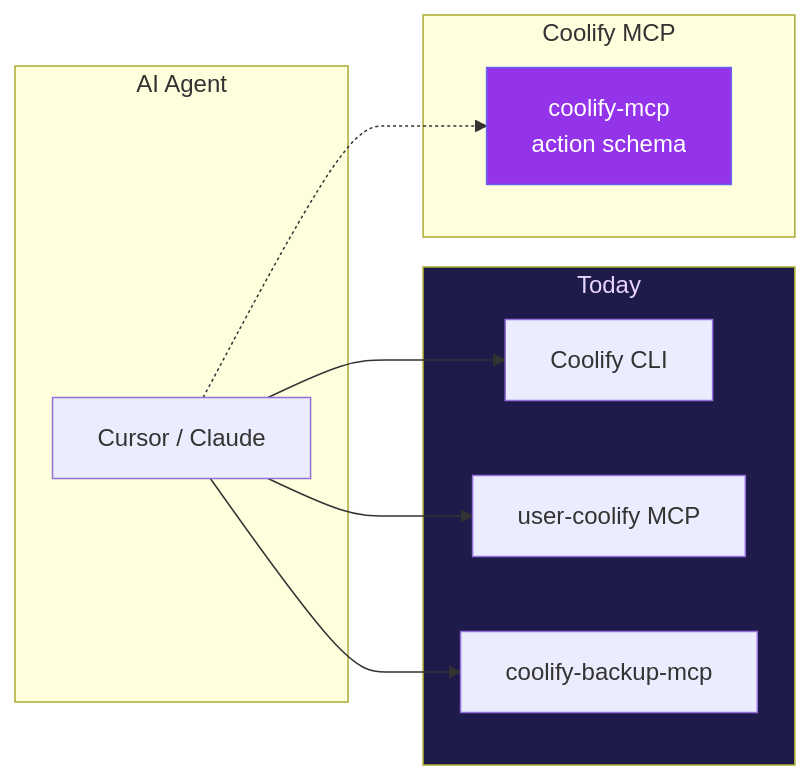
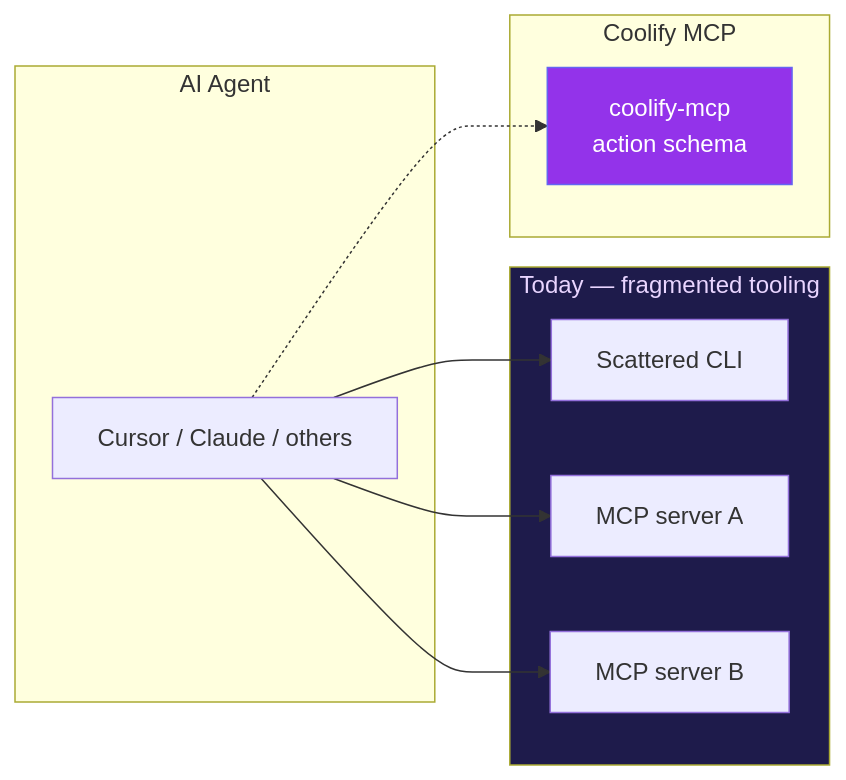
One commit to clezcoding/awesome-coolify changed the first of 3 diagrams in README.md. Above: the diagram before and after it, drawn with Mermaid. The commit also changed other lines of this file and 29 other files, not shown here.

````diff
--- a/README.md
+++ b/README.md
@@ -111,24 +109,24 @@
 ```mermaid
 flowchart LR
-    subgraph Today["Today"]
-        CLI["Coolify CLI"]
-        MCP1["user-coolify MCP"]
-        MCP2["coolify-backup-mcp"]
+    subgraph Today["Today — fragmented tooling"]
+        CLI["Scattered CLI"]
+        MCP1["MCP server A"]
+        MCP2["MCP server B"]
     end
 
     subgraph Agent["AI Agent"]
-        Cursor["Cursor / Claude"]
+        Cursor["Cursor / Claude / others"]
     end
 
     subgraph Future["Coolify MCP"]
         Unified["coolify-mcp<br/>action schema"]
     end
 
     Cursor --> CLI
     Cursor --> MCP1
     Cursor --> MCP2
     Cursor -.-> Unified
 
     style Unified fill:#9333EA,color:#fff,stroke:#6366F1
     style Today fill:#1e1b4b,color:#e9d5ff
 ```
````
